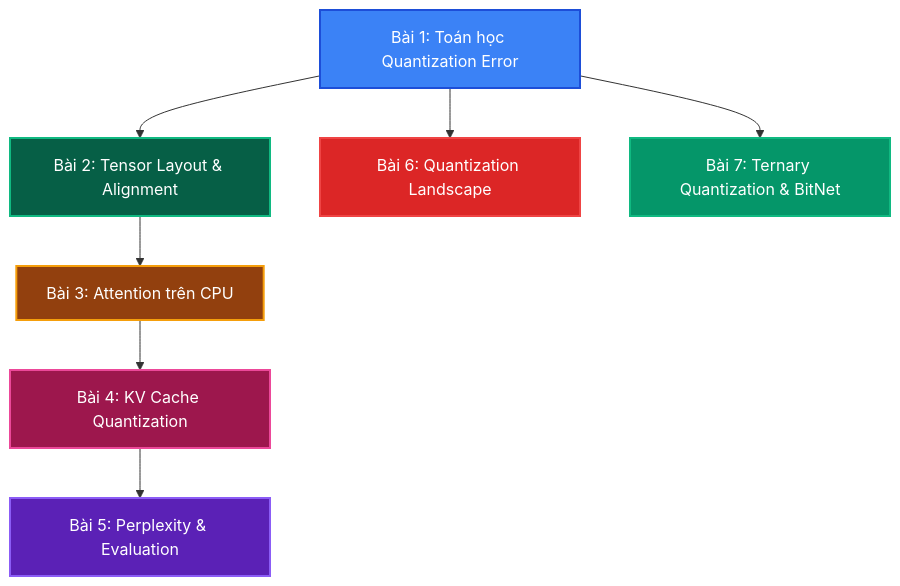
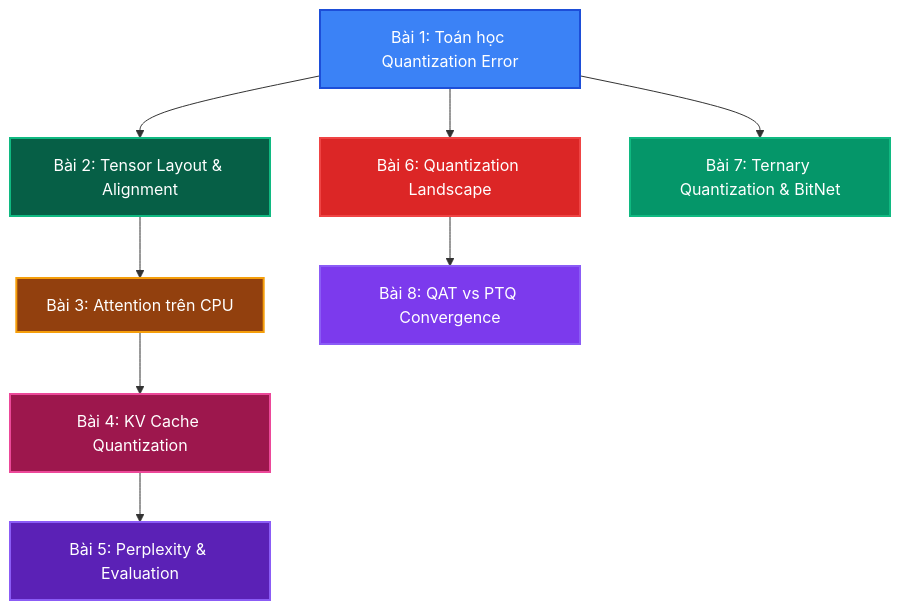
Before and after one commit to tuandung222/llama-cpp-architecture-lectures: the diagram in docs/theory_deep_dive/roadmap_theory.md, drawn with Mermaid. The commit also changed other lines of this file and 1 other file, not shown here.

First line of the commit message:
Add theory_8: Why QAT models run on PTQ engines (BitNet QAT -> GGUF -> llama.cpp pipeline)

````diff
--- a/docs/theory_deep_dive/roadmap_theory.md
+++ b/docs/theory_deep_dive/roadmap_theory.md
@@ -14,17 +14,19 @@
 ```mermaid
 graph TD
     T1[Bài 1: Toán học Quantization Error] --> T2[Bài 2: Tensor Layout & Alignment]
     T2 --> T3[Bài 3: Attention trên CPU]
     T3 --> T4[Bài 4: KV Cache Quantization]
     T4 --> T5[Bài 5: Perplexity & Evaluation]
     T1 --> T6[Bài 6: Quantization Landscape]
     T1 --> T7[Bài 7: Ternary Quantization & BitNet]
+    T6 --> T8[Bài 8: QAT vs PTQ Convergence]
 
     style T1 fill:#3b82f6,stroke:#1d4ed8,stroke-width:2px,color:#fff
     style T2 fill:#065f46,stroke:#10b981,stroke-width:2px,color:#fff
     style T3 fill:#92400e,stroke:#f59e0b,stroke-width:2px,color:#fff
     style T4 fill:#9d174d,stroke:#ec4899,stroke-width:2px,color:#fff
     style T5 fill:#5b21b6,stroke:#8b5cf6,stroke-width:2px,color:#fff
     style T6 fill:#dc2626,stroke:#ef4444,stroke-width:2px,color:#fff
     style T7 fill:#059669,stroke:#10b981,stroke-width:2px,color:#fff
+    style T8 fill:#7c3aed,stroke:#8b5cf6,stroke-width:2px,color:#fff
 ```
````
